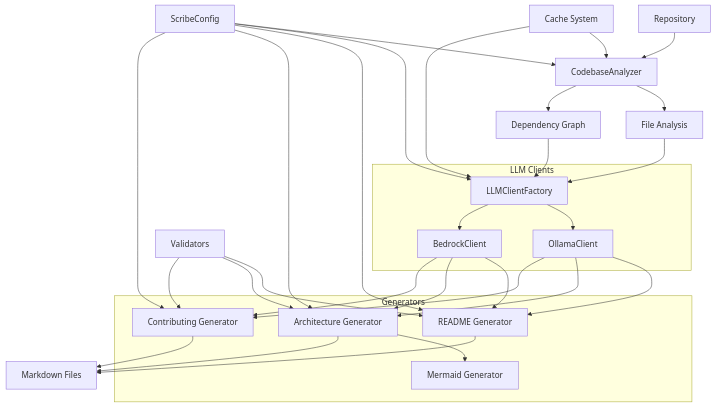
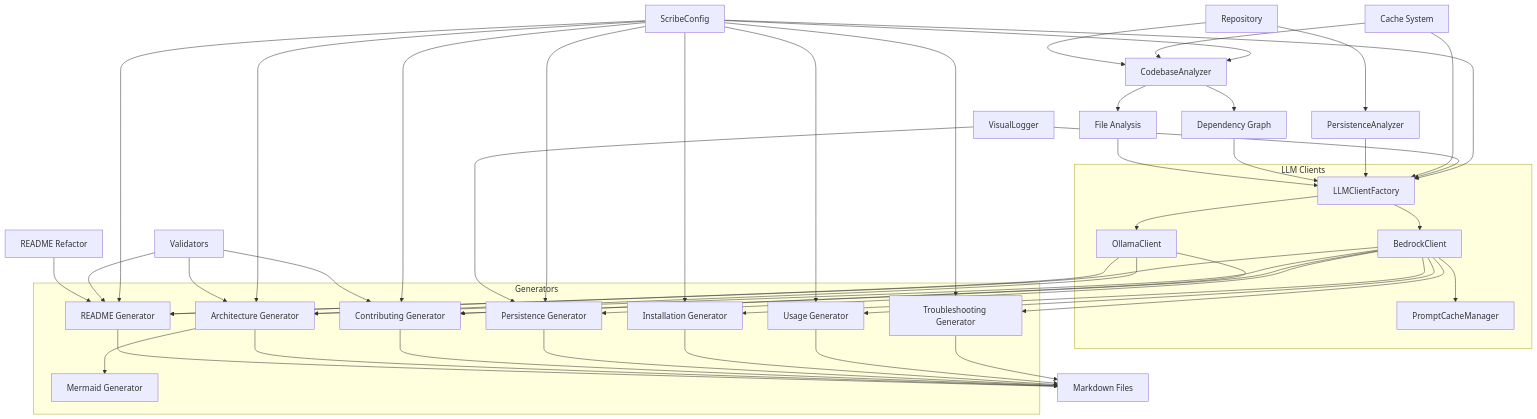
Before and after one commit to TrueBurn/ai-codebase-scribe: the first of 7 diagrams in docs/ARCHITECTURE.md, drawn with Mermaid. The commit also changed other lines of this file and 46 other files, not shown here.

````diff
--- a/docs/ARCHITECTURE.md
+++ b/docs/ARCHITECTURE.md
@@ -21,48 +21,72 @@
 ```mermaid
 graph TD
     A[Repository] --> B[CodebaseAnalyzer]
+    A --> P[PersistenceAnalyzer]
     B --> C[File Analysis]
     B --> D[Dependency Graph]
-    
+
     subgraph "LLM Clients"
         E1[OllamaClient]
-        E2[BedrockClient] 
+        E2[BedrockClient]
         E[LLMClientFactory] --> E1
         E[LLMClientFactory] --> E2
+        E2 --> PC[PromptCacheManager]
     end
-    
+
     C --> E
     D --> E
-    
+    P --> E
+
     subgraph "Generators"
         F1[README Generator]
-        F2[Architecture Generator] 
+        F2[Architecture Generator]
         F3[Contributing Generator]
         F4[Mermaid Generator]
+        F5[Persistence Generator]
+        F6[Installation Generator]
+        F7[Usage Generator]
+        F8[Troubleshooting Generator]
         F2 --> F4
     end
-    
+
     E1 --> F1
     E1 --> F2
     E1 --> F3
     E2 --> F1
     E2 --> F2
     E2 --> F3
-    
+    E2 --> F5
+    E2 --> F6
+    E2 --> F7
+    E2 --> F8
+
     F1 --> G[Markdown Files]
     F2 --> G
     F3 --> G
-    
+    F5 --> G
+    F6 --> G
+    F7 --> G
+    F8 --> G
+
+    RR[README Refactor] --> F1
+
     H[Cache System] --> B
     H --> E
-    
+
+    VL[VisualLogger] --> E
+    VL --> F5
+
     J[Validators] --> F1
     J --> F2
     J --> F3
-    
+
     K[ScribeConfig] --> B
     K --> E
     K --> F1
     K --> F2
     K --> F3
+    K --> F5
+    K --> F6
+    K --> F7
+    K --> F8
 ```
````
